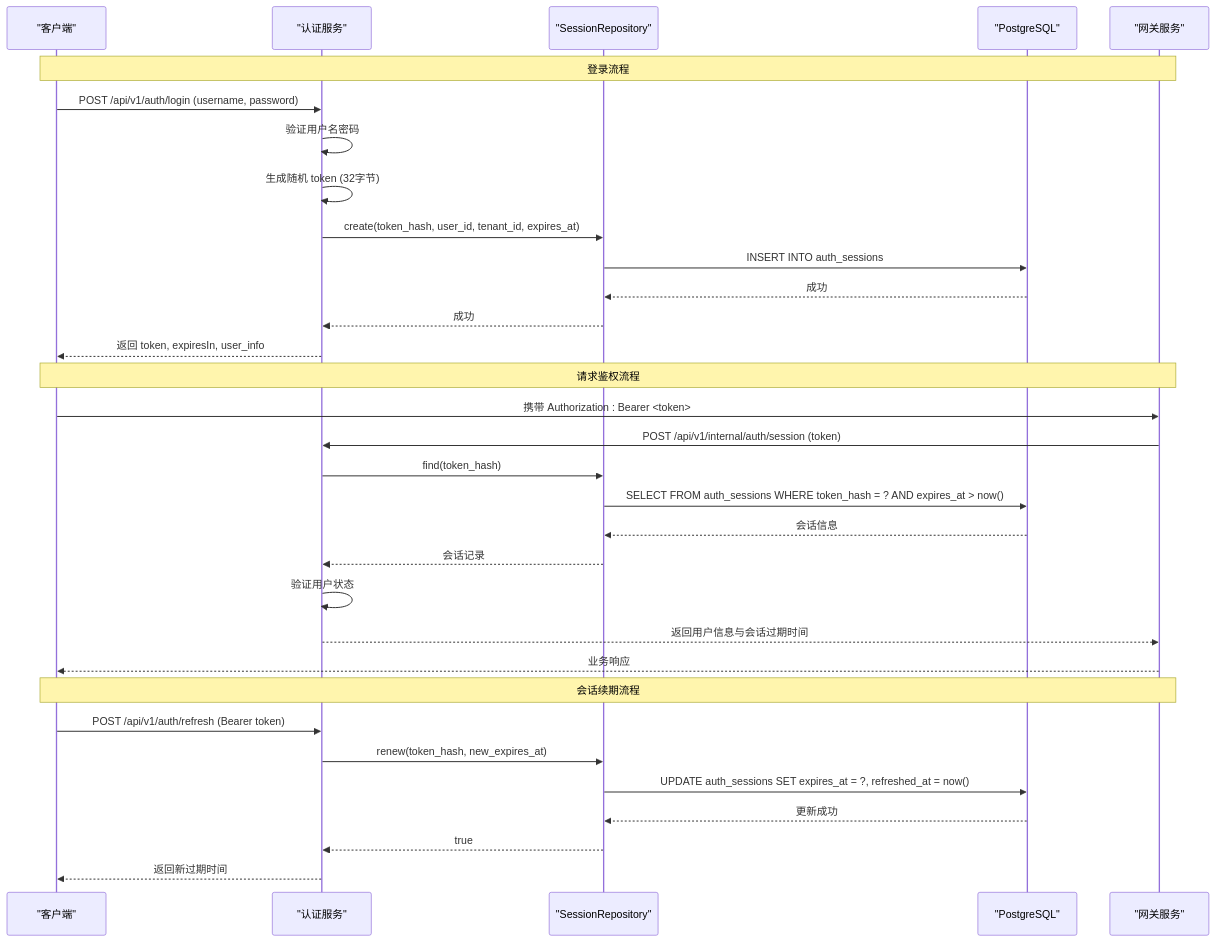
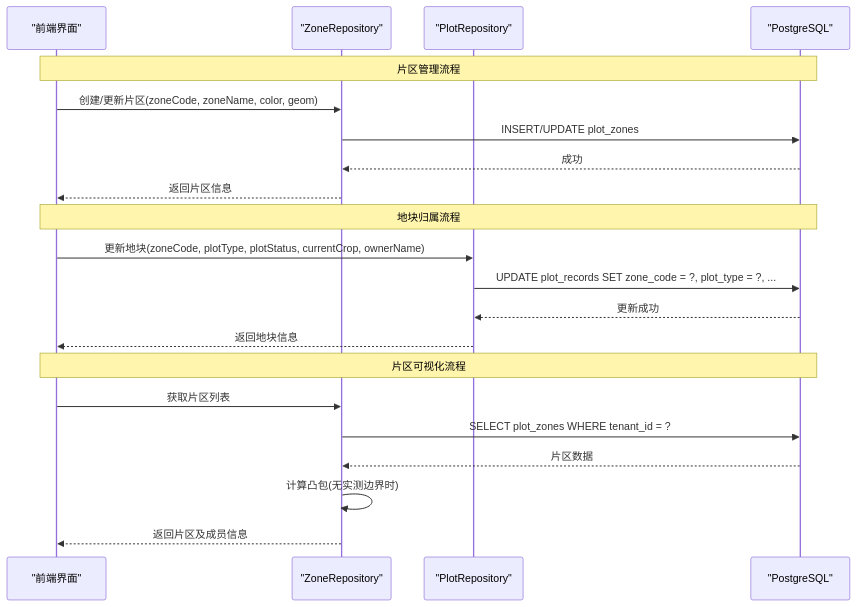
Before and after one commit to q446328246/agri-platform: the fifth of 10 diagrams in .qoder/repowiki/zh/content/数据库设计/数据库设计.md, drawn with Mermaid. The commit also changed other lines of this file and 68 other files, not shown here.

````diff
--- a/.qoder/repowiki/zh/content/数据库设计/数据库设计.md
+++ b/.qoder/repowiki/zh/content/数据库设计/数据库设计.md
@@ -426,34 +579,23 @@
 ```mermaid
 sequenceDiagram
-participant CLI as "客户端"
-participant AUTH as "认证服务"
-participant SR as "SessionRepository"
+participant UI as "前端界面"
+participant ZR as "ZoneRepository"
+participant PR as "PlotRepository"
 participant DB as "PostgreSQL"
-participant GW as "网关服务"
-Note over CLI,GW : 登录流程
-CLI->>AUTH : POST /api/v1/auth/login (username, password)
-AUTH->>AUTH : 验证用户名密码
-AUTH->>AUTH : 生成随机 token (32字节)
-AUTH->>SR : create(token_hash, user_id, tenant_id, expires_at)
-SR->>DB : INSERT INTO auth_sessions
-DB-->>SR : 成功
-SR-->>AUTH : 成功
-AUTH-->>CLI : 返回 token, expiresIn, user_info
-Note over CLI,GW : 请求鉴权流程
-CLI->>GW : 携带 Authorization : Bearer <token>
-GW->>AUTH : POST /api/v1/internal/auth/session (token)
-AUTH->>SR : find(token_hash)
-SR->>DB : SELECT FROM auth_sessions WHERE token_hash = ? AND expires_at > now()
-DB-->>SR : 会话信息
-SR-->>AUTH : 会话记录
-AUTH->>AUTH : 验证用户状态
-AUTH-->>GW : 返回用户信息与会话过期时间
-GW-->>CLI : 业务响应
-Note over CLI,GW : 会话续期流程
-CLI->>AUTH : POST /api/v1/auth/refresh (Bearer token)
-AUTH->>SR : renew(token_hash, new_expires_at)
-SR->>DB : UPDATE auth_sessions SET expires_at = ?, refreshed_at = now()
-DB-->>SR : 更新成功
-SR-->>AUTH : true
-AUTH-->>CLI : 返回新过期时间
+Note over UI,DB : 片区管理流程
+UI->>ZR : 创建/更新片区(zoneCode, zoneName, color, geom)
+ZR->>DB : INSERT/UPDATE plot_zones
+DB-->>ZR : 成功
+ZR-->>UI : 返回片区信息
+Note over UI,DB : 地块归属流程
+UI->>PR : 更新地块(zoneCode, plotType, plotStatus, currentCrop, ownerName)
+PR->>DB : UPDATE plot_records SET zone_code = ?, plot_type = ?, ...
+DB-->>PR : 更新成功
+PR-->>UI : 返回地块信息
+Note over UI,DB : 片区可视化流程
+UI->>ZR : 获取片区列表
+ZR->>DB : SELECT plot_zones WHERE tenant_id = ?
+DB-->>ZR : 片区数据
+ZR->>ZR : 计算凸包(无实测边界时)
+ZR-->>UI : 返回片区及成员信息
 ```
````
